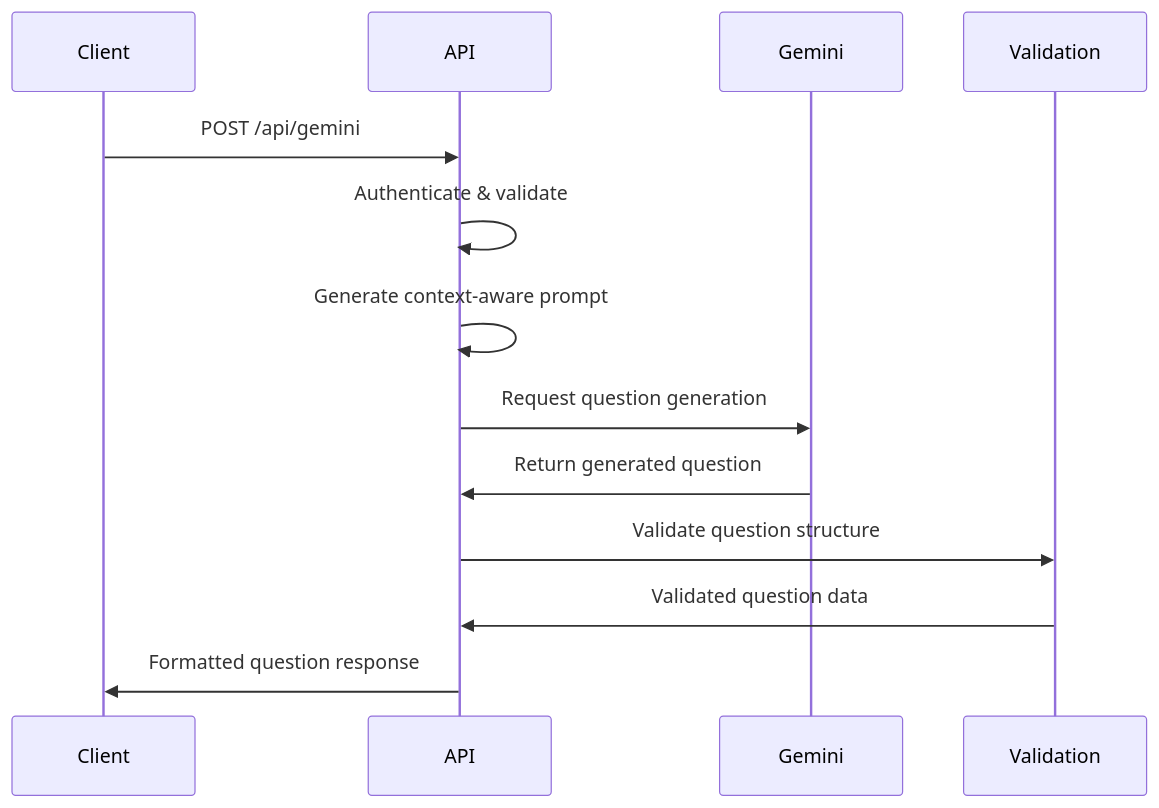
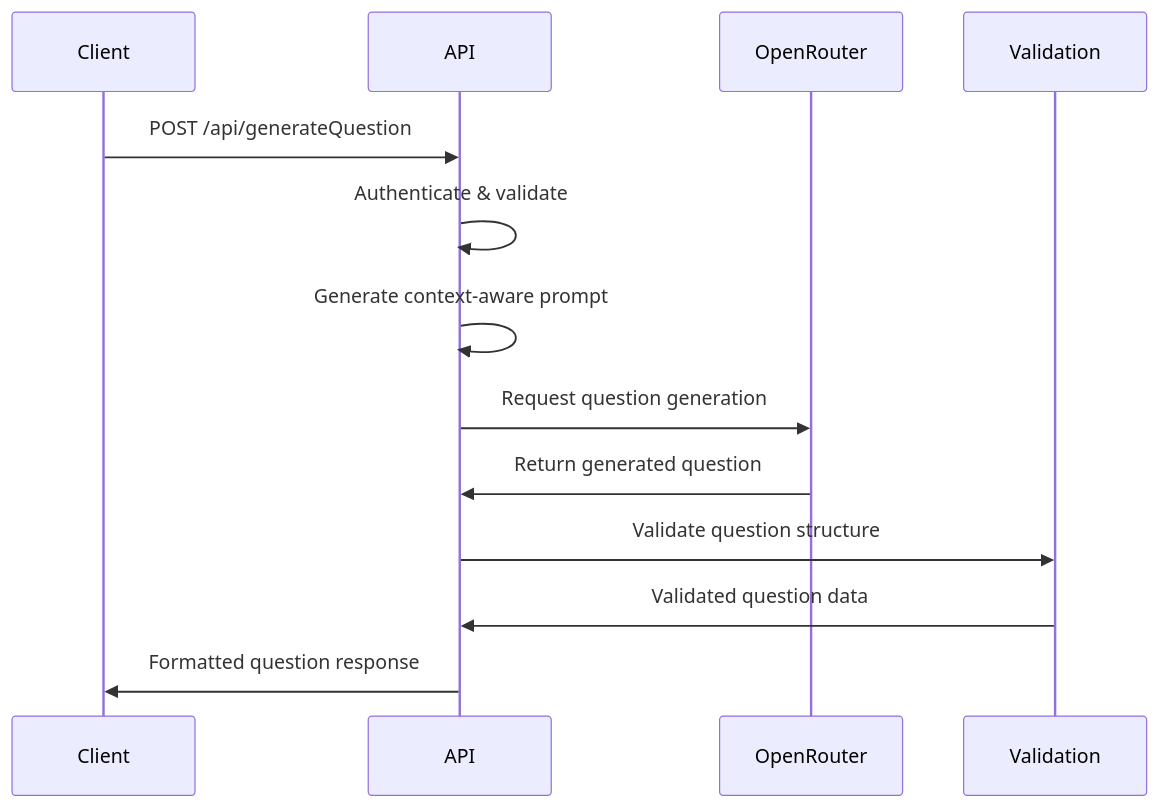
Before and after one commit to ngmodz/CodeNest: the third of 4 diagrams in src/app/api/ARCHITECTURE.md, drawn with Mermaid. The commit also changed other lines of this file and 32 other files, not shown here.

````diff
--- a/src/app/api/ARCHITECTURE.md
+++ b/src/app/api/ARCHITECTURE.md
@@ -253,16 +253,16 @@
 ```mermaid
 sequenceDiagram
     participant Client
     participant API
-    participant Gemini
+    participant OpenRouter
     participant Validation
-    
-    Client->>API: POST /api/gemini
+
+    Client->>API: POST /api/generateQuestion
     API->>API: Authenticate & validate
     API->>API: Generate context-aware prompt
-    API->>Gemini: Request question generation
-    Gemini->>API: Return generated question
+    API->>OpenRouter: Request question generation
+    OpenRouter->>API: Return generated question
     API->>Validation: Validate question structure
     Validation->>API: Validated question data
     API->>Client: Formatted question response
 ```
````
